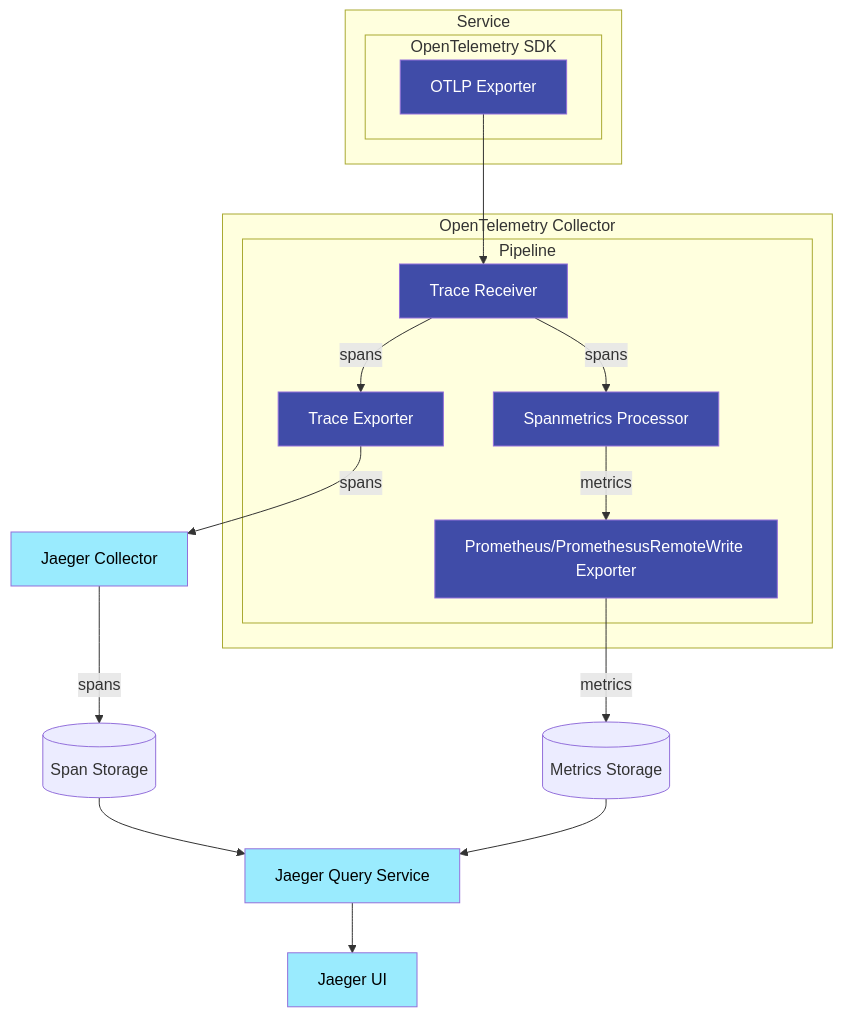
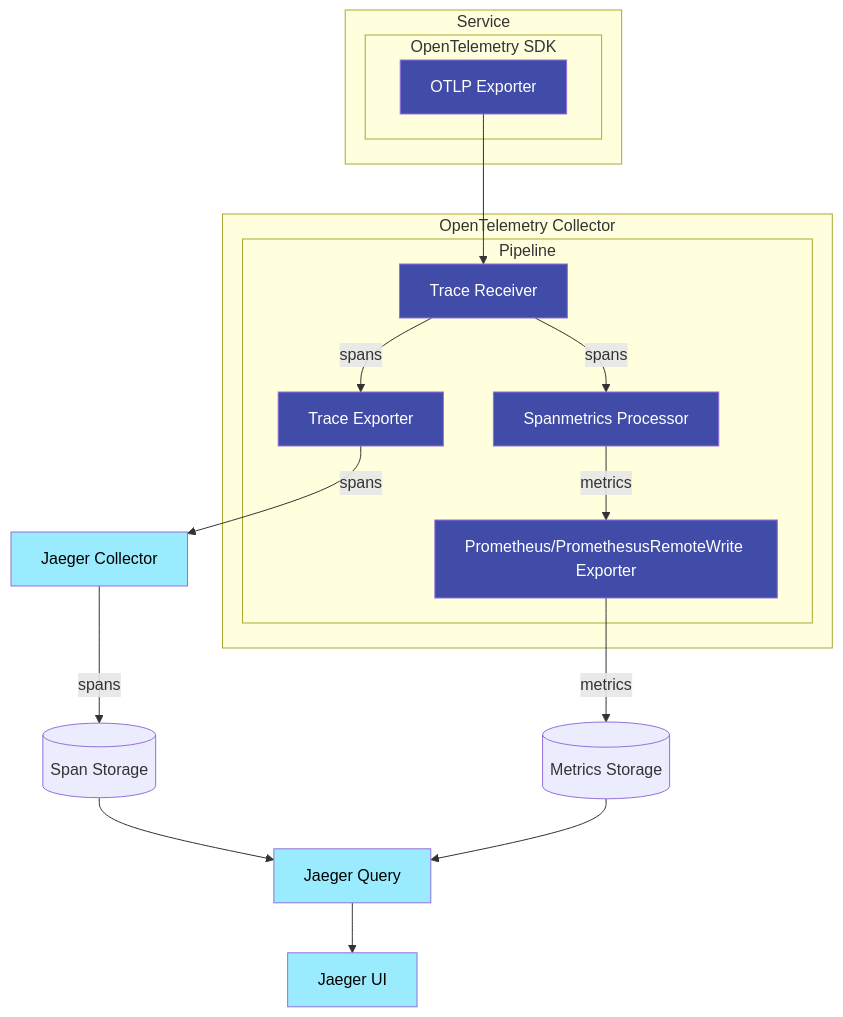
The diagram in content/docs/next-release/spm.md (jaegertracing/documentation), drawn with Mermaid before and after one commit.

Commit message:
Remove 'Service' from Jaeger Query

```diff
--- a/content/docs/next-release/spm.md
+++ b/content/docs/next-release/spm.md
@@ -70,40 +70,40 @@
 {{<mermaid align="center">}}
 graph
     OTLP_EXPORTER[OTLP Exporter] --> TRACE_RECEIVER
 
     subgraph Service
         subgraph OpenTelemetry SDK
             OTLP_EXPORTER
         end
     end
 
     TRACE_RECEIVER[Trace Receiver] --> |spans| SPANMETRICS_PROC[Spanmetrics Processor]
     TRACE_RECEIVER --> |spans| TRACE_EXPORTER[Trace Exporter]
     TRACE_EXPORTER --> |spans| COLLECTOR[Jaeger Collector]
     SPANMETRICS_PROC --> |metrics| PROMETHEUS_EXPORTER[Prometheus/PromethesusRemoteWrite Exporter]
     PROMETHEUS_EXPORTER --> |metrics| METRICS_STORE[(Metrics Storage)]
 
     COLLECTOR --> |spans| SPAN_STORE[(Span Storage)]
-    SPAN_STORE --> QUERY[Jaeger Query Service]
+    SPAN_STORE --> QUERY[Jaeger Query]
     METRICS_STORE --> QUERY
     QUERY --> UI[Jaeger UI]
 
     subgraph OpenTelemetry Collector
         subgraph Pipeline
             TRACE_RECEIVER
             SPANMETRICS_PROC
             TRACE_EXPORTER
             PROMETHEUS_EXPORTER
         end
     end
 
     style UI fill:#9AEBFE,color:black
     style QUERY fill:#9AEBFE,color:black
     style COLLECTOR fill:#9AEBFE,color:black
 
     style OTLP_EXPORTER fill:#404ca8,color:white
     style TRACE_RECEIVER fill:#404ca8,color:white
     style TRACE_EXPORTER fill:#404ca8,color:white
     style SPANMETRICS_PROC fill:#404ca8,color:white
     style PROMETHEUS_EXPORTER fill:#404ca8,color:white
 {{< /mermaid >}}
```
